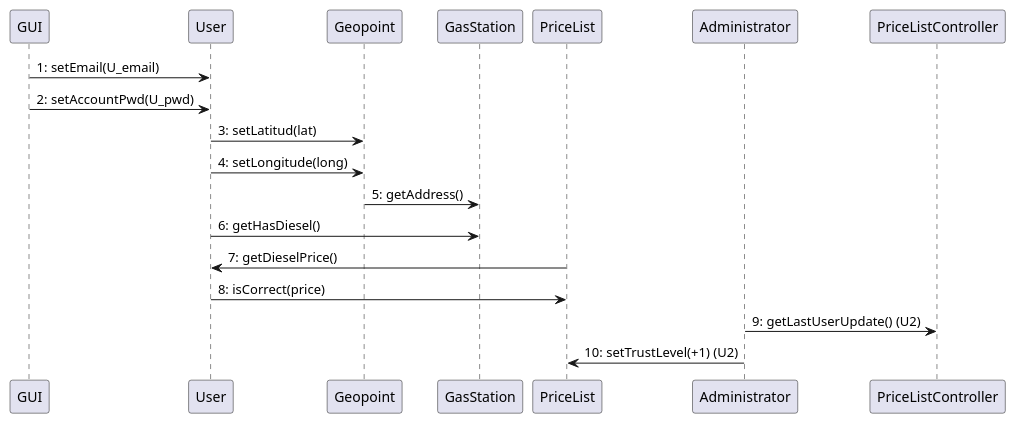
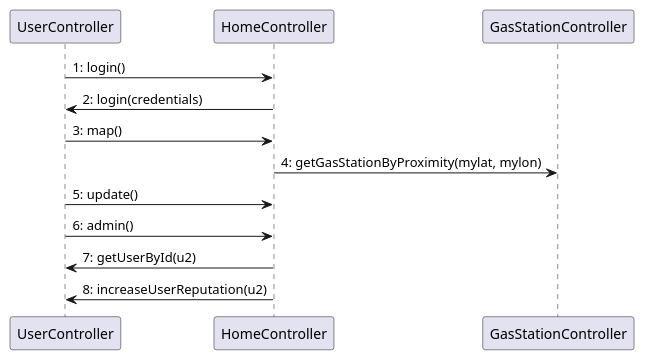
One commit to LucaOddoneSE/EZGas changed the fifth of 6 diagrams in docs/DesignDocument.md. Above: the diagram before and after it, drawn with PlantUML. The commit also changed other lines of this file, not shown here.

Commit message:
docs: update sequence diagrams

````diff
--- a/docs/DesignDocument.md
+++ b/docs/DesignDocument.md
@@ -627,21 +627,12 @@
 ```plantuml
 @startuml
-GUI -> User : 1: setEmail(U_email)
-GUI -> User : 2: setAccountPwd(U_pwd)
-
-User -> Geopoint : 3: setLatitud(lat)
-User -> Geopoint : 4: setLongitude(long)
-
-Geopoint -> GasStation : 5: getAddress()
-
-User -> GasStation : 6: getHasDiesel()
-
-User <- PriceList : 7: getDieselPrice()
-
-User -> PriceList : 8: isCorrect(price)
-
-Administrator -> PriceListController: 9: getLastUserUpdate() (U2)
-
-PriceList <- Administrator : 10: setTrustLevel(+1) (U2)
+UserController -> HomeController : 1: login()
+UserController <- HomeController : 2: login(credentials)
+UserController -> HomeController : 3: map()
+HomeController -> GasStationController : 4: getGasStationByProximity(mylat, mylon)
+UserController -> HomeController : 5: update()
+UserController -> HomeController : 6: admin()
+UserController <- HomeController : 7: getUserById(u2)
+UserController <- HomeController : 8: increaseUserReputation(u2)
 @enduml
 ```
````
